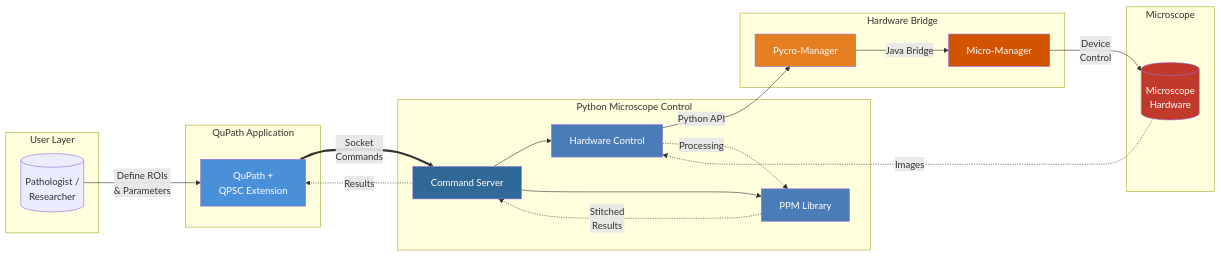
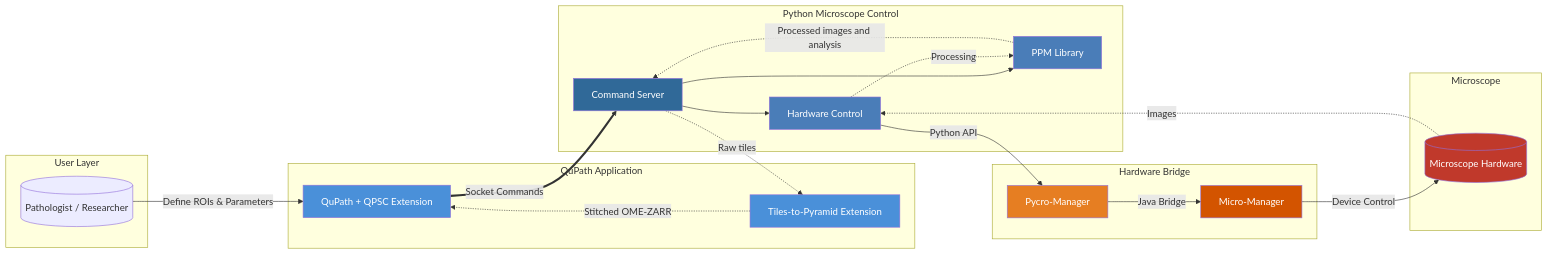
The first of 4 diagrams in README.md (uw-loci/QPSC), drawn with Mermaid before and after one commit.

Commit message:
Fix System Overview diagram formatting and data flow
Fixed several issues in the System Overview mermaid diagram:

1. Removed literal backslash-n from labels that were rendering as text
   instead of newlines:
   - "Define ROIs\n& Parameters" -> "Define ROIs & Parameters"
   - "Socket\nCommands" -> "Socket Commands"
   - "Device\nControl" -> "Device Control"
   - "Pathologist /\nResearcher" -> "Pathologist / Researcher"
   - "QuPath +\nQPSC Extension" -> "QuPath + QPSC Extension"
   - "Microscope\nHardware" -> "Microscope Hardware"

2. Corrected PPM Library data flow:
   - Changed "Stitched\nResults" to "Processed images and analysis"
   - PPM Library does image processing, not stitching

3. Added tiles-to-pyramid extension to diagram:
   - Added T2P component in QuPath subgraph
   - Showed proper data flow: SRV -> T2P -> QP
   - Added clickable link to tiles-to-pyramid repository
   - Extension is integral to pipeline and has separate repo

Data flow now correctly shows:
- PPM Library returns processed images and analysis to server
- Server sends raw tiles to tiles-to-pyramid extension
- Tiles-to-pyramid stitches into OME-ZARR and returns to QuPath

````diff
--- a/README.md
+++ b/README.md
@@ -11,53 +11,57 @@
 ```mermaid
 flowchart LR
     subgraph User["User Layer"]
-        U[("Pathologist /\nResearcher")]
+        U[("Pathologist / Researcher")]
     end
 
     subgraph QuPath["QuPath Application"]
-        QP["QuPath +\nQPSC Extension"]
+        QP["QuPath + QPSC Extension"]
+        T2P["Tiles-to-Pyramid Extension"]
     end
 
     subgraph Python["Python Microscope Control"]
         SRV["Command Server"]
         CTRL["Hardware Control"]
         PPM["PPM Library"]
     end
 
     subgraph Bridge["Hardware Bridge"]
         PM["Pycro-Manager"]
         MM["Micro-Manager"]
     end
 
     subgraph Hardware["Microscope"]
-        HW[("Microscope\nHardware")]
+        HW[("Microscope Hardware")]
     end
 
-    U -->|"Define ROIs\n& Parameters"| QP
-    QP ==>|"Socket\nCommands"| SRV
+    U -->|"Define ROIs & Parameters"| QP
+    QP ==>|"Socket Commands"| SRV
     SRV --> CTRL
     SRV --> PPM
     CTRL -->|"Python API"| PM
     PM -->|"Java Bridge"| MM
-    MM -->|"Device\nControl"| HW
+    MM -->|"Device Control"| HW
 
     HW -.->|"Images"| CTRL
     CTRL -.->|"Processing"| PPM
-    PPM -.->|"Stitched\nResults"| SRV
-    SRV -.->|"Results"| QP
+    PPM -.->|"Processed images and analysis"| SRV
+    SRV -.->|"Raw tiles"| T2P
+    T2P -.->|"Stitched OME-ZARR"| QP
 
     style QP fill:#4A90D9,color:#fff
+    style T2P fill:#4A90D9,color:#fff
     style SRV fill:#306998,color:#fff
     style CTRL fill:#4A7DB8,color:#fff
     style PPM fill:#4A7DB8,color:#fff
     style PM fill:#E67E22,color:#fff
     style MM fill:#D35400,color:#fff
     style HW fill:#C0392B,color:#fff
 
     click QP "https://github.com/uw-loci/qupath-extension-qpsc" "QPSC Extension Repository"
+    click T2P "https://github.com/uw-loci/qupath-extension-tiles-to-pyramid" "Tiles-to-Pyramid Extension Repository"
     click SRV "https://github.com/uw-loci/microscope_command_server" "Command Server Repository"
     click CTRL "https://github.com/uw-loci/microscope_control" "Hardware Control Repository"
     click PPM "https://github.com/uw-loci/ppm_library" "PPM Library Repository"
     click PM "https://pycro-manager.readthedocs.io/" "Pycro-Manager Documentation"
     click MM "https://micro-manager.org/" "Micro-Manager Website"
 ```
````
